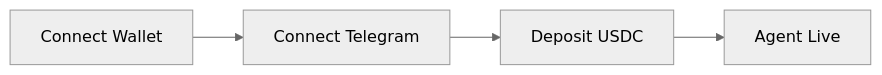
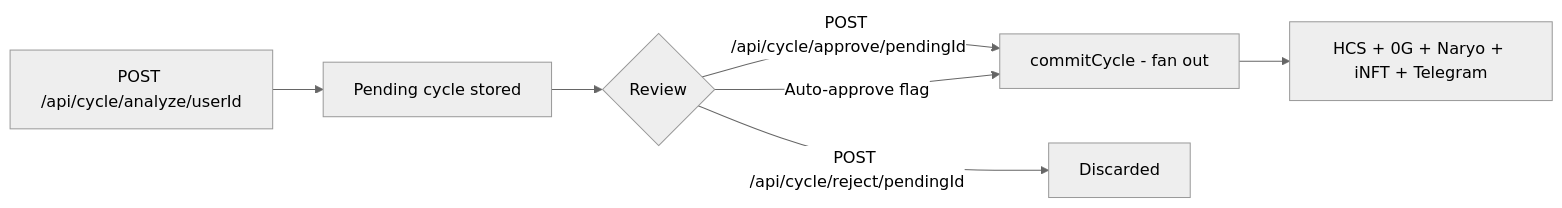
Before and after one commit to elbarroca/ETH_Global_Cannes_2026: the third of 8 diagrams in README.md, drawn with Mermaid (neutral theme). The commit also changed other lines of this file and 6 other files, not shown here.

First line of the commit message:
refactor: update heartbeat logic and user cycle management

````diff
--- a/README.md
+++ b/README.md
@@ -111,6 +111,9 @@
 ```mermaid
 graph LR
-    A[Connect Wallet] --> B[Connect Telegram]
-    B --> C[Deposit USDC]
-    C --> D[Agent Live]
+    A[POST /api/cycle/analyze/userId] --> B[Pending cycle stored]
+    B --> C{Review}
+    C -->|POST /api/cycle/approve/pendingId| D[commitCycle - fan out]
+    C -->|POST /api/cycle/reject/pendingId| E[Discarded]
+    C -->|Auto-approve flag| D
+    D --> F[HCS + 0G + Naryo + iNFT + Telegram]
 ```
````
